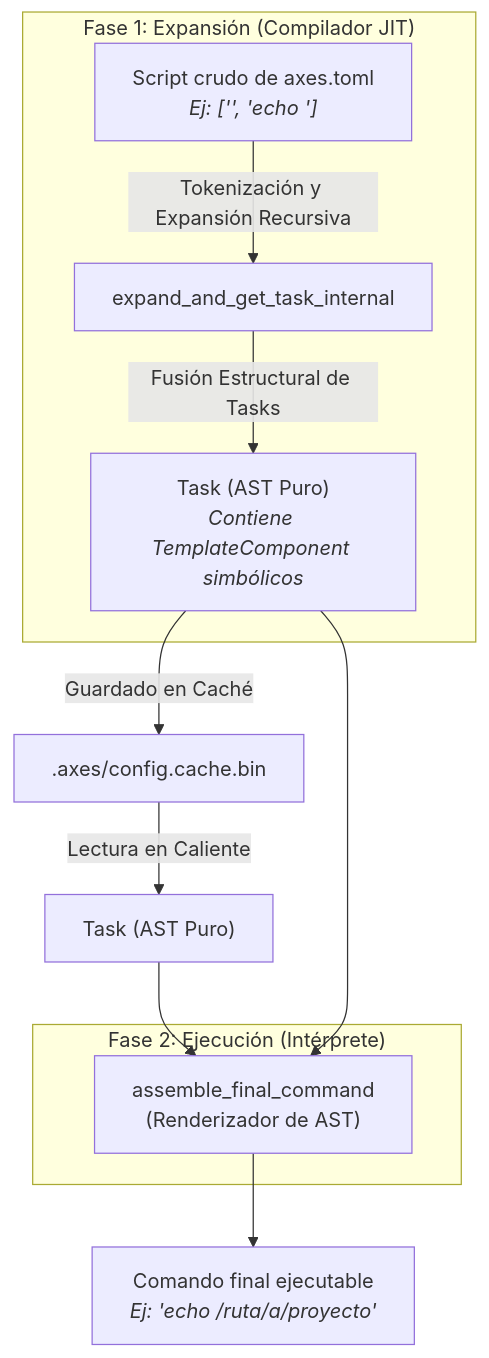
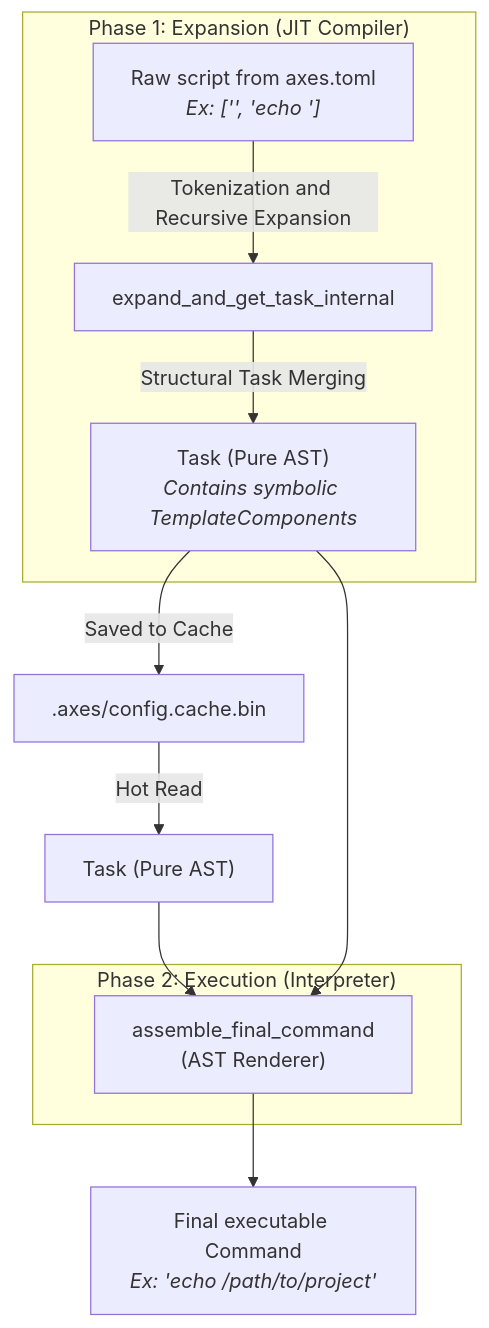
The second of 6 diagrams in TECNICAL.md (RetypeOS/axes), drawn with Mermaid before and after one commit. The commit also changed other lines of this file and 2 other files, not shown here.

````diff
--- a/TECNICAL.md
+++ b/TECNICAL.md
@@ -97,18 +97,18 @@
 ```mermaid
 graph TD
-    subgraph "Fase 1: Expansión (Compilador JIT)"
-        A["Script crudo de axes.toml<br><i>Ej: ['<axes::scripts::sub>', 'echo <axes::path>']</i>"] -->|Tokenización y Expansión Recursiva| B["expand_and_get_task_internal"];
-        B -- Fusión Estructural de Tasks --> C["Task (AST Puro)<br><i>Contiene TemplateComponent simbólicos</i>"];
+    subgraph "Phase 1: Expansion (JIT Compiler)"
+        A["Raw script from axes.toml<br><i>Ex: ['<axes::scripts::sub>', 'echo <axes::path>']</i>"] -->|Tokenization and Recursive Expansion| B["expand_and_get_task_internal"];
+        B -- Structural Task Merging --> C["Task (Pure AST)<br><i>Contains symbolic TemplateComponents</i>"];
     end
     
-    subgraph "Fase 2: Ejecución (Intérprete)"
-         F["assemble_final_command<br>(Renderizador de AST)"]
+    subgraph "Phase 2: Execution (Interpreter)"
+         F["assemble_final_command<br>(AST Renderer)"]
     end
 
-    C --> |Guardado en Caché| D[".axes/config.cache.bin"];
-    D --> |Lectura en Caliente| E["Task (AST Puro)"];
+    C --> |Saved to Cache| D[".axes/config.cache.bin"];
+    D --> |Hot Read| E["Task (Pure AST)"];
     E --> F;
     C --> F;
 
-    F --> G["Comando final ejecutable<br><i>Ej: 'echo /ruta/a/proyecto'</i>"];
+    F --> G["Final executable Command<br><i>Ex: 'echo /path/to/project'</i>"];
 ```
````
